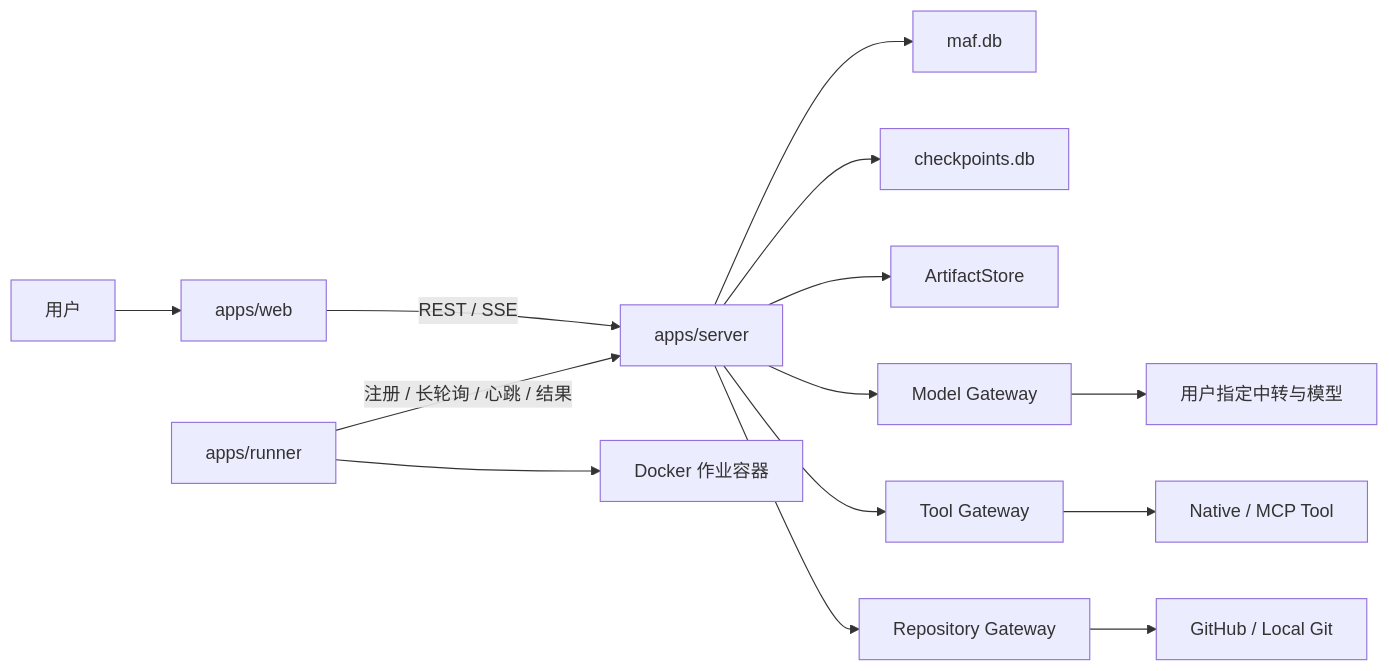
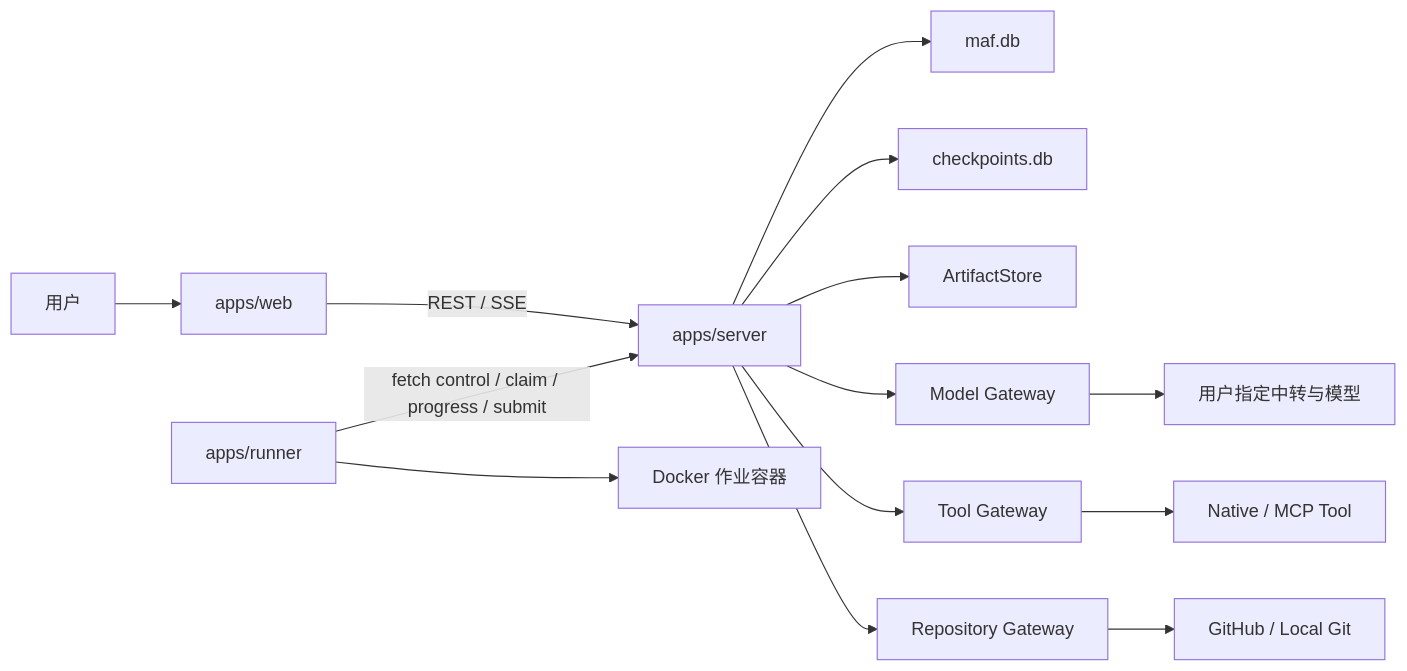
Before and after one commit to mei-lun/multi-agent-flow: the first of 2 diagrams in doc/项目框架与目录职责说明.md, drawn with Mermaid. The commit also changed other lines of this file and 228 other files, not shown here.

````diff
--- a/doc/项目框架与目录职责说明.md
+++ b/doc/项目框架与目录职责说明.md
@@ -51,16 +52,16 @@
 ```mermaid
 flowchart LR
     U["用户"] --> W["apps/web"]
     W -->|"REST / SSE"| S["apps/server"]
     S --> DB["maf.db"]
     S --> CP["checkpoints.db"]
     S --> AS["ArtifactStore"]
-    R["apps/runner"] -->|"注册 / 长轮询 / 心跳 / 结果"| S
+    R["apps/runner"] -->|"fetch control / claim / progress / submit"| S
     R --> D["Docker 作业容器"]
     S --> MG["Model Gateway"]
     S --> TG["Tool Gateway"]
     S --> RG["Repository Gateway"]
     MG --> P["用户指定中转与模型"]
     TG --> M["Native / MCP Tool"]
     RG --> G["GitHub / Local Git"]
 ```
````
